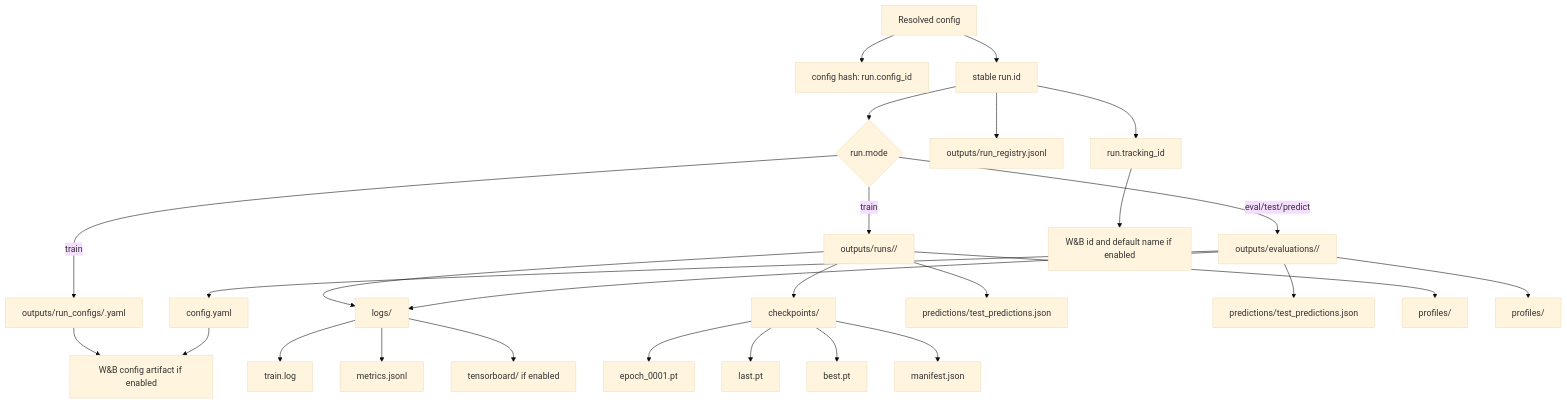
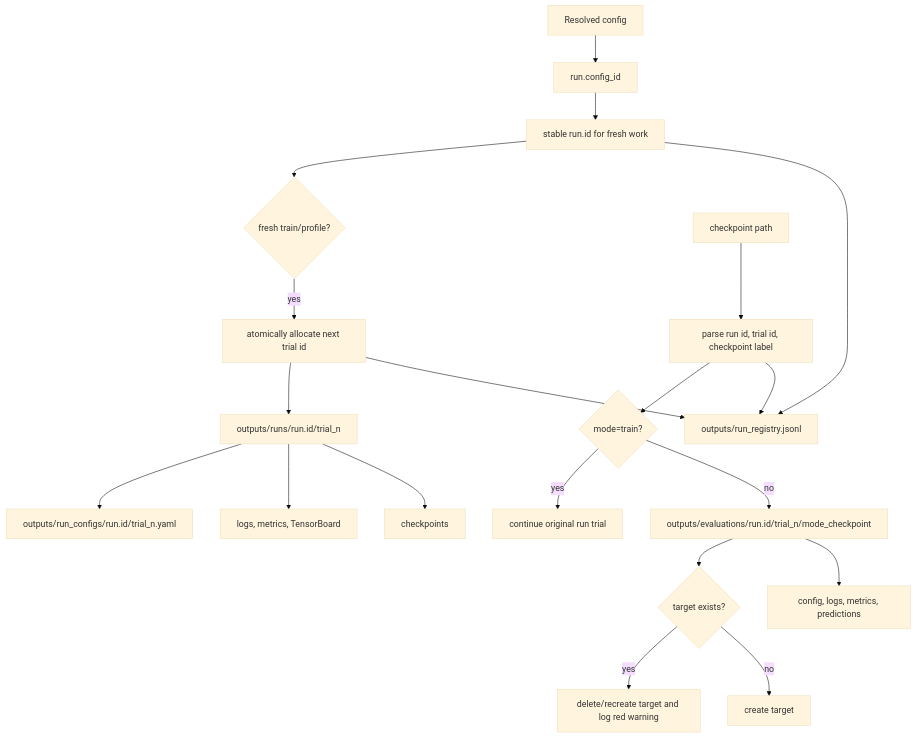
One commit to CodeName-Detective/Experimentarium changed the fourth of 5 diagrams in Flowchart.md. Above: the diagram before and after it, drawn with Mermaid (base theme). The commit also changed other lines of this file and 58 other files, not shown here.

````diff
--- a/Flowchart.md
+++ b/Flowchart.md
@@ -160,34 +181,24 @@
 ```mermaid
 flowchart TD
-    Config[Resolved config] --> Hash[config hash: run.config_id]
-    Config --> RunID[stable run.id]
-    RunID --> Mode{run.mode}
-    RunID --> Registry[outputs/run_registry.jsonl]
+    Config[Resolved config] --> Hash[run.config_id]
+    Hash --> StableID[stable run.id for fresh work]
+    StableID --> Fresh{fresh train/profile?}
+    Fresh -->|yes| NextTrial[atomically allocate next trial id]
+    NextTrial --> RunDir[outputs/runs/run.id/trial_n]
+    RunDir --> ConfigFile[outputs/run_configs/run.id/trial_n.yaml]
 
-    Mode -->|train| ConfigFile["outputs/run_configs/<run_id>.yaml"]
-    Mode -->|train| RunDir["outputs/runs/<run_id>/"]
-    Mode -->|eval/test/predict| EvalDir["outputs/evaluations/<run_id>/"]
-    EvalDir --> EvalConfig[config.yaml]
+    Checkpoint[checkpoint path] --> Parse[parse run id, trial id, checkpoint label]
+    Parse --> Resume{mode=train?}
+    Resume -->|yes| ExistingTrial[continue original run trial]
+    Resume -->|no| EvalTarget[outputs/evaluations/run.id/trial_n/mode_checkpoint]
+    EvalTarget --> Exists{target exists?}
+    Exists -->|yes| Replace[delete/recreate target and log red warning]
+    Exists -->|no| Create[create target]
 
-    RunDir --> Logs[logs/]
-    EvalDir --> Logs
-    Logs --> TrainLog[train.log]
-    Logs --> Metrics[metrics.jsonl]
-    Logs --> TB[tensorboard/ if enabled]
-
-    RunDir --> Checkpoints[checkpoints/]
-    Checkpoints --> Epoch[epoch_0001.pt]
-    Checkpoints --> Last[last.pt]
-    Checkpoints --> Best[best.pt]
-    Checkpoints --> Manifest[manifest.json]
-
-    RunDir --> Predictions[predictions/test_predictions.json]
-    EvalDir --> EvalPredictions[predictions/test_predictions.json]
-    RunDir --> Profiles[profiles/]
-    EvalDir --> EvalProfiles[profiles/]
-
-    RunID --> TrackingID["run.tracking_id"]
-    TrackingID --> WandB["W&B id and default name if enabled"]
-    ConfigFile --> WandBArtifact["W&B config artifact if enabled"]
-    EvalConfig --> WandBArtifact
+    RunDir --> Logs[logs, metrics, TensorBoard]
+    RunDir --> Checkpoints[checkpoints]
+    EvalTarget --> EvalArtifacts[config, logs, metrics, predictions]
+    StableID --> Registry[outputs/run_registry.jsonl]
+    NextTrial --> Registry
+    Parse --> Registry
 ```
````
